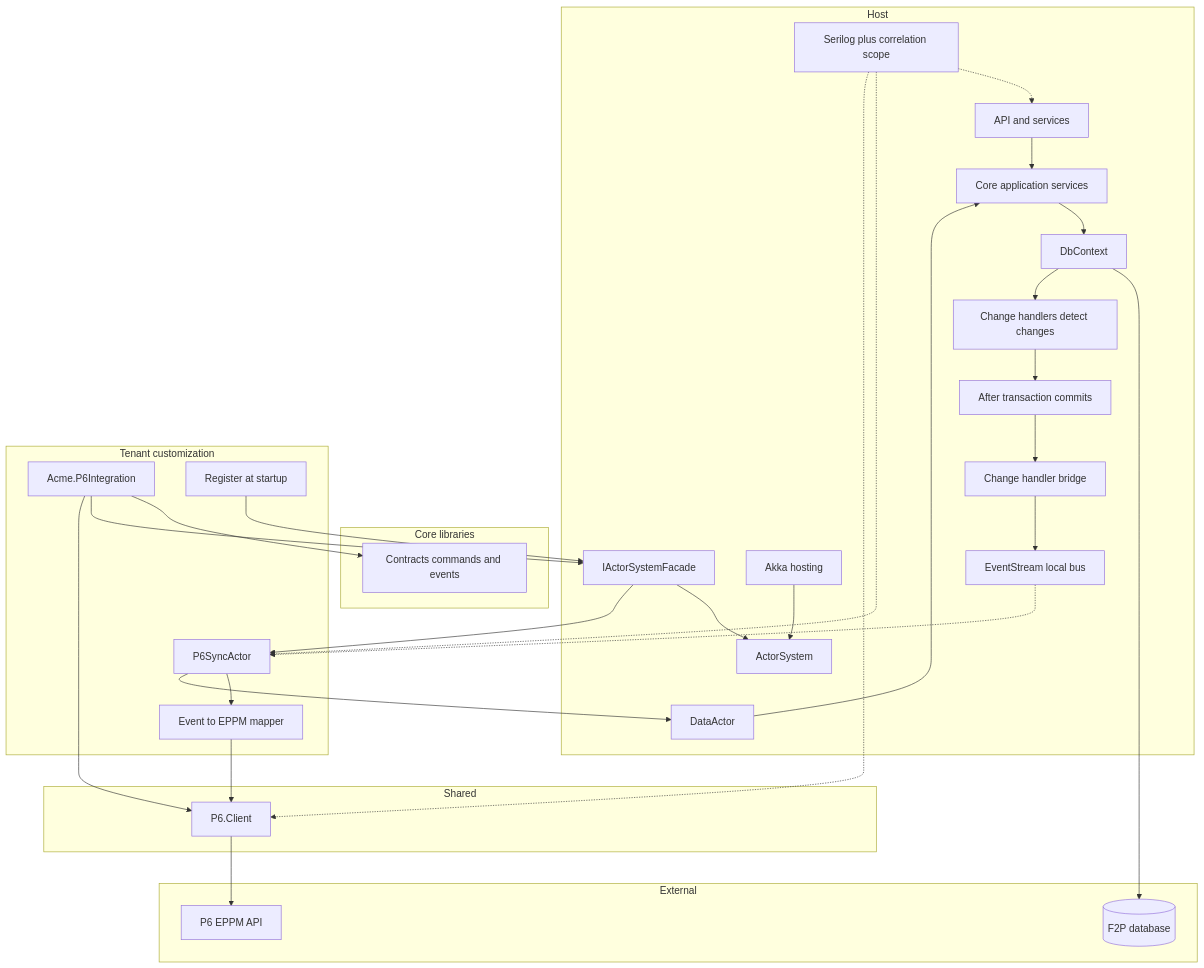
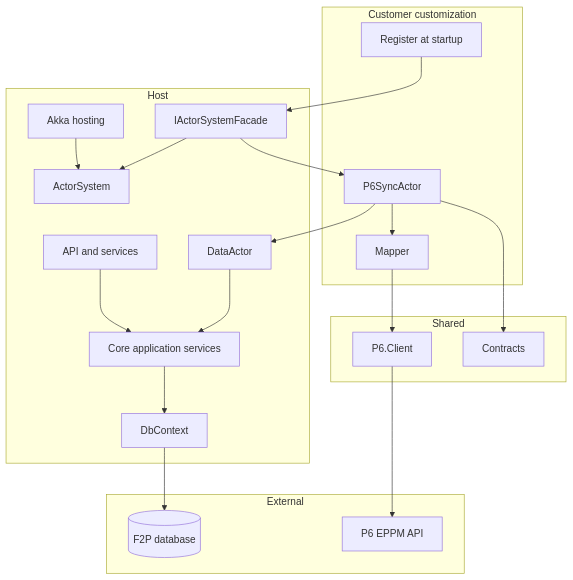
One commit to robbertF2P/Sandbox changed the third of 5 diagrams in docs/floor2plan-akka-actor-integration-design.md. Above: the diagram before and after it, drawn with Mermaid. The commit also changed other lines of this file, not shown here.

````diff
--- a/docs/floor2plan-akka-actor-integration-design.md
+++ b/docs/floor2plan-akka-actor-integration-design.md
@@ -63,55 +79,38 @@
 ```mermaid
 flowchart TB
   subgraph host["Host"]
     API["API and services"]
     SVC["Core application services"]
     EF["DbContext"]
-    CH["Change handlers detect changes"]
-    COMMIT["After transaction commits"]
-    BRIDGE["Change handler bridge"]
-    BUS["EventStream local bus"]
     HOST["Akka hosting"]
     AS["ActorSystem"]
     FACADE["IActorSystemFacade"]
     DATA_ACTOR["DataActor"]
-    LOG["Serilog plus correlation scope"]
   end
 
-  subgraph core_lib["Core libraries"]
-    CONTRACTS["Contracts commands and events"]
-  end
-
-  subgraph tenant["Tenant customization"]
-    P6_PROJ["Acme.P6Integration"]
-    MAP["Event to EPPM mapper"]
+  subgraph customer["Customer customization"]
     P6_ACTOR["P6SyncActor"]
+    MAP["Mapper"]
     REG["Register at startup"]
   end
 
   subgraph shared["Shared"]
     P6_CLIENT["P6.Client"]
+    CONTRACTS["Contracts"]
   end
 
   subgraph external["External"]
     DB[("F2P database")]
     P6API["P6 EPPM API"]
   end
 
   API --> SVC --> EF --> DB
-  EF --> CH --> COMMIT --> BRIDGE
-  BRIDGE --> BUS
-  BUS -.-> P6_ACTOR
   HOST --> AS
   FACADE --> AS
   FACADE --> P6_ACTOR
   DATA_ACTOR --> SVC
   REG --> FACADE
   P6_ACTOR --> MAP --> P6_CLIENT --> P6API
   P6_ACTOR --> DATA_ACTOR
-  P6_PROJ --> CONTRACTS
-  P6_PROJ --> FACADE
-  P6_PROJ --> P6_CLIENT
-  LOG -.-> API
-  LOG -.-> P6_ACTOR
-  LOG -.-> P6_CLIENT
+  P6_ACTOR --> CONTRACTS
 ```
````
